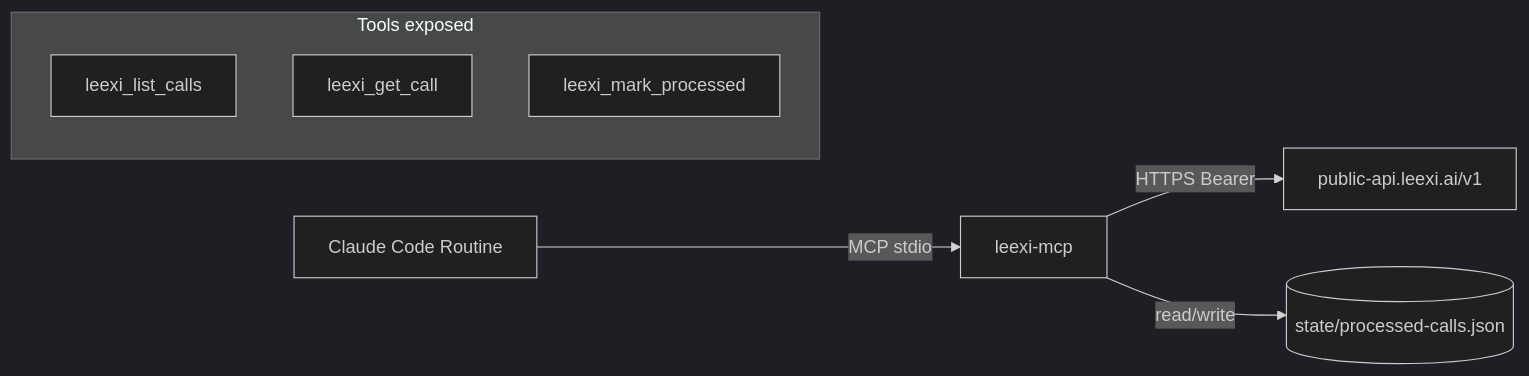
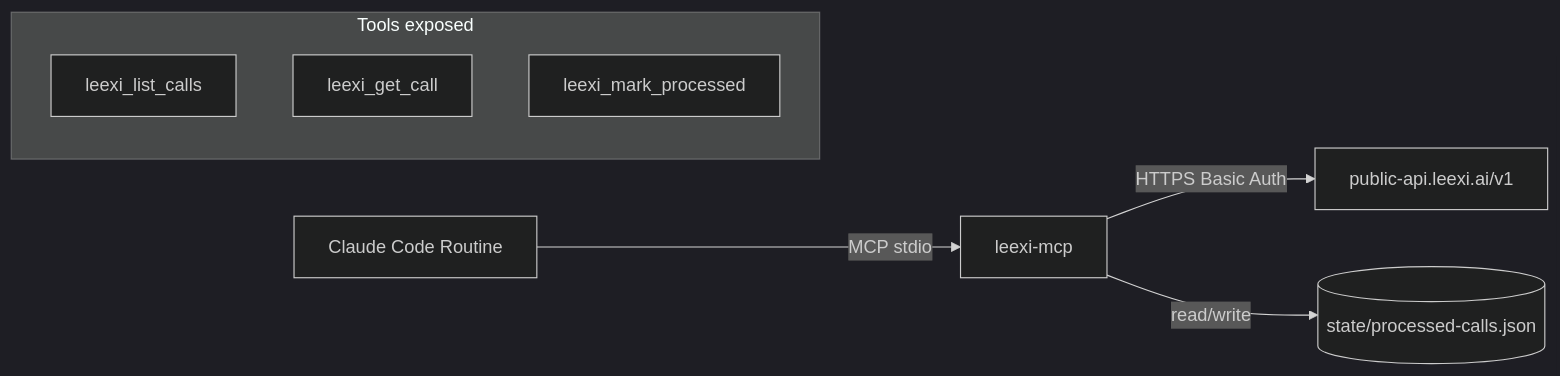
Before and after one commit to donkeycode/leexi-mcp: the diagram in README.md, drawn with Mermaid (dark theme). The commit also changed other lines of this file and 3 other files, not shown here.

````diff
--- a/README.md
+++ b/README.md
@@ -132,12 +138,12 @@
 ```mermaid
 flowchart LR
     A[Claude Code Routine] -->|MCP stdio| B[leexi-mcp]
-    B -->|HTTPS Bearer| C[public-api.leexi.ai/v1]
+    B -->|HTTPS Basic Auth| C[public-api.leexi.ai/v1]
     B -->|read/write| D[(state/processed-calls.json)]
 
     subgraph "Tools exposed"
       T1[leexi_list_calls]
       T2[leexi_get_call]
       T3[leexi_mark_processed]
     end
 ```
````
